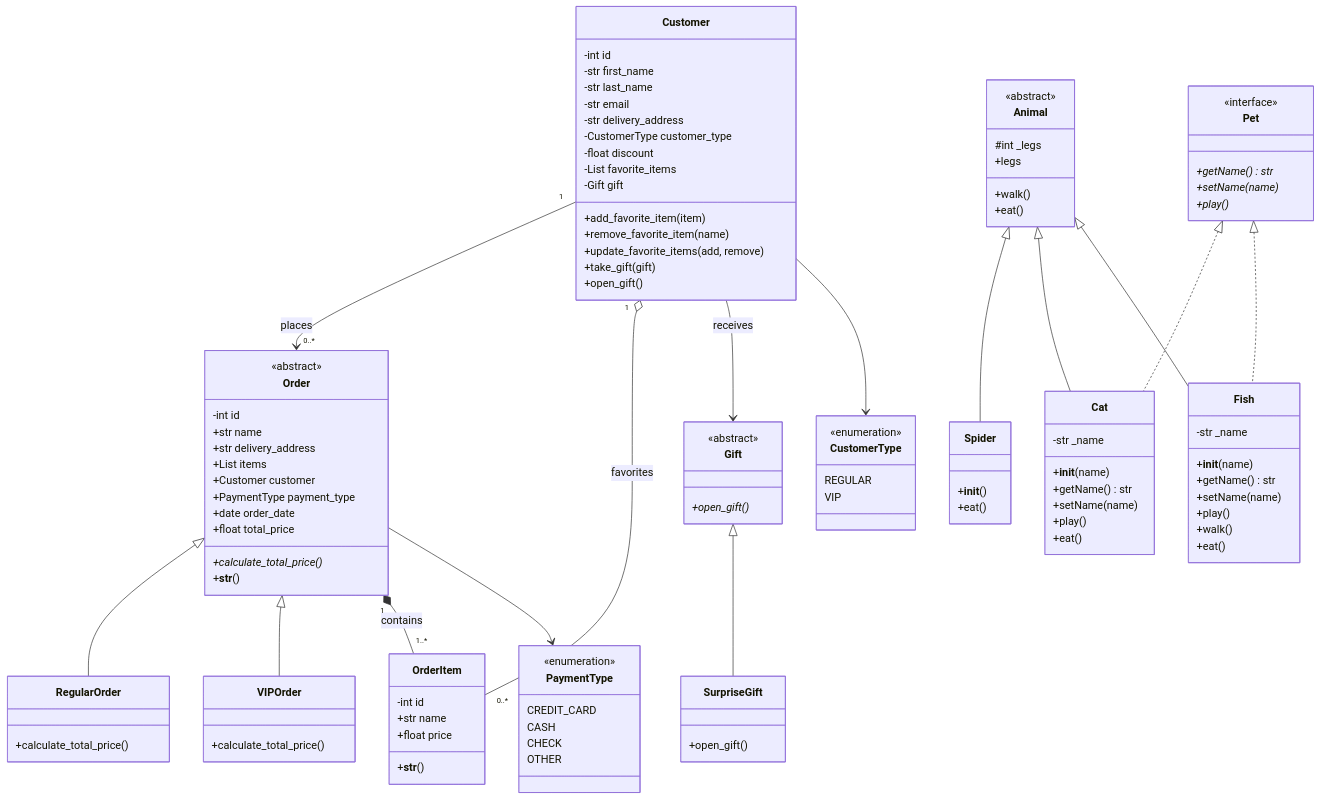
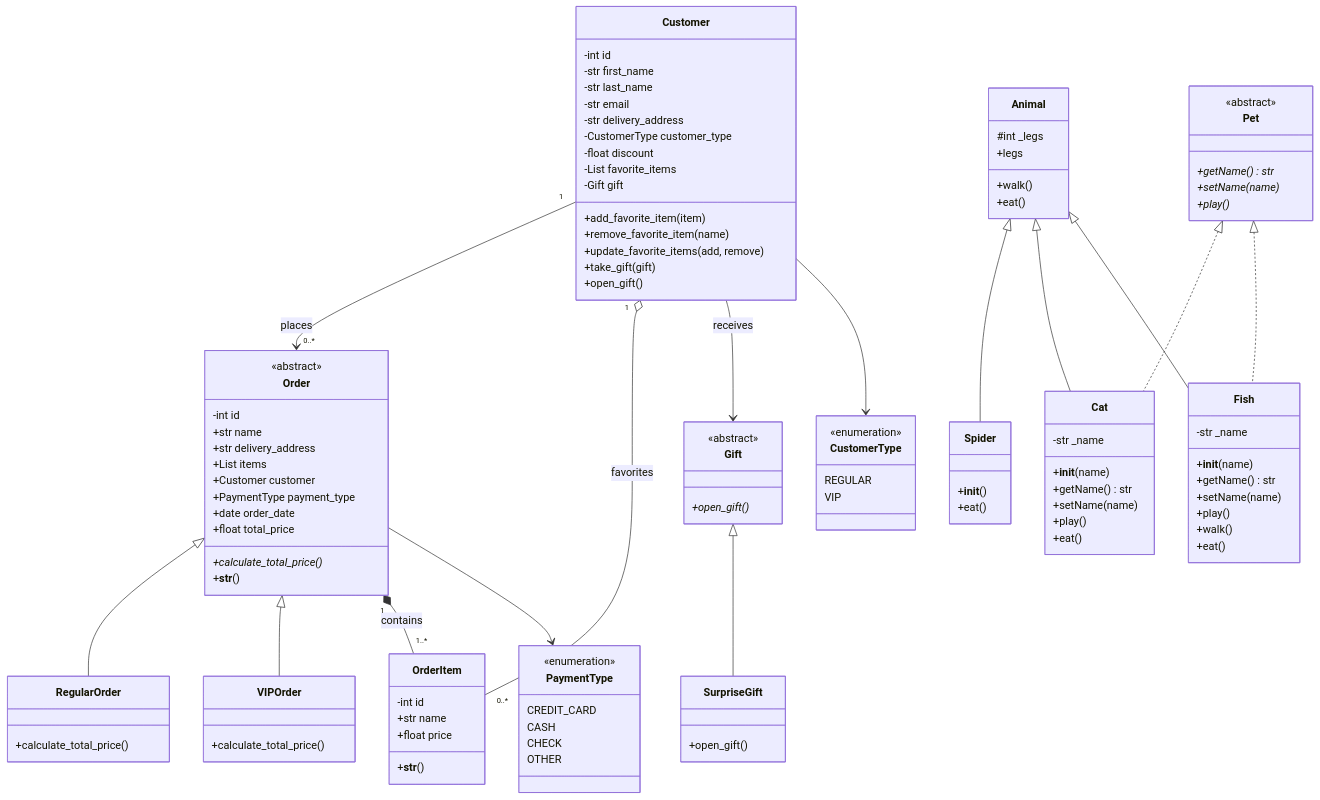
One commit to maykatzav20-ui/order_management changed the diagram in class_diagram.mmd. Above: the diagram before and after it, drawn with Mermaid. The commit also changed other lines of this file, not shown here.

```diff
--- a/class_diagram.mmd
+++ b/class_diagram.mmd
@@ -1,133 +1,128 @@
 
 classDiagram
     direction TB
-
-    %% ORDER MANAGEMENT SYSTEM
 
     class Customer {
         -int id
         -str first_name
         -str last_name
         -str email
         -str delivery_address
         -CustomerType customer_type
         -float discount
         -List favorite_items
         -Gift gift
         +add_favorite_item(item)
         +remove_favorite_item(name)
         +update_favorite_items(add, remove)
         +take_gift(gift)
         +open_gift()
     }
 
     class OrderItem {
         -int id
         +str name
         +float price
         +__str__()
     }
 
     class Order {
         <<abstract>>
         -int id
         +str name
         +str delivery_address
         +List items
         +Customer customer
         +PaymentType payment_type
         +date order_date
         +float total_price
         +calculate_total_price()*
         +__str__()
     }
 
     class RegularOrder {
         +calculate_total_price()
     }
 
     class VIPOrder {
         +calculate_total_price()
     }
 
     class Gift {
         <<abstract>>
         +open_gift()*
     }
 
     class SurpriseGift {
         +open_gift()
     }
 
     class CustomerType {
         <<enumeration>>
         REGULAR
         VIP
     }
 
     class PaymentType {
         <<enumeration>>
         CREDIT_CARD
         CASH
         CHECK
         OTHER
     }
 
     Order <|-- RegularOrder
     Order <|-- VIPOrder
     Gift <|-- SurpriseGift
 
     Customer "1" --> "0..*" Order : places
     Order "1" *-- "1..*" OrderItem : contains
     Customer "1" o-- "0..*" OrderItem : favorites
     Customer --> Gift : receives
     Customer --> CustomerType
     Order --> PaymentType
 
-    %% ANIMAL AND PET BONUS
-
     class Animal {
-        <<abstract>>
         #int _legs
         +legs
         +walk()
         +eat()
     }
 
     class Pet {
-        <<interface>>
+        <<abstract>>
         +getName() str*
         +setName(name)*
         +play()*
     }
 
     class Spider {
         +__init__()
         +eat()
     }
 
     class Cat {
         -str _name
         +__init__(name)
         +getName() str
         +setName(name)
         +play()
         +eat()
     }
 
     class Fish {
         -str _name
         +__init__(name)
         +getName() str
         +setName(name)
         +play()
         +walk()
         +eat()
     }
 
     Animal <|-- Spider
     Animal <|-- Cat
     Animal <|-- Fish
 
     Pet <|.. Cat
     Pet <|.. Fish
```
